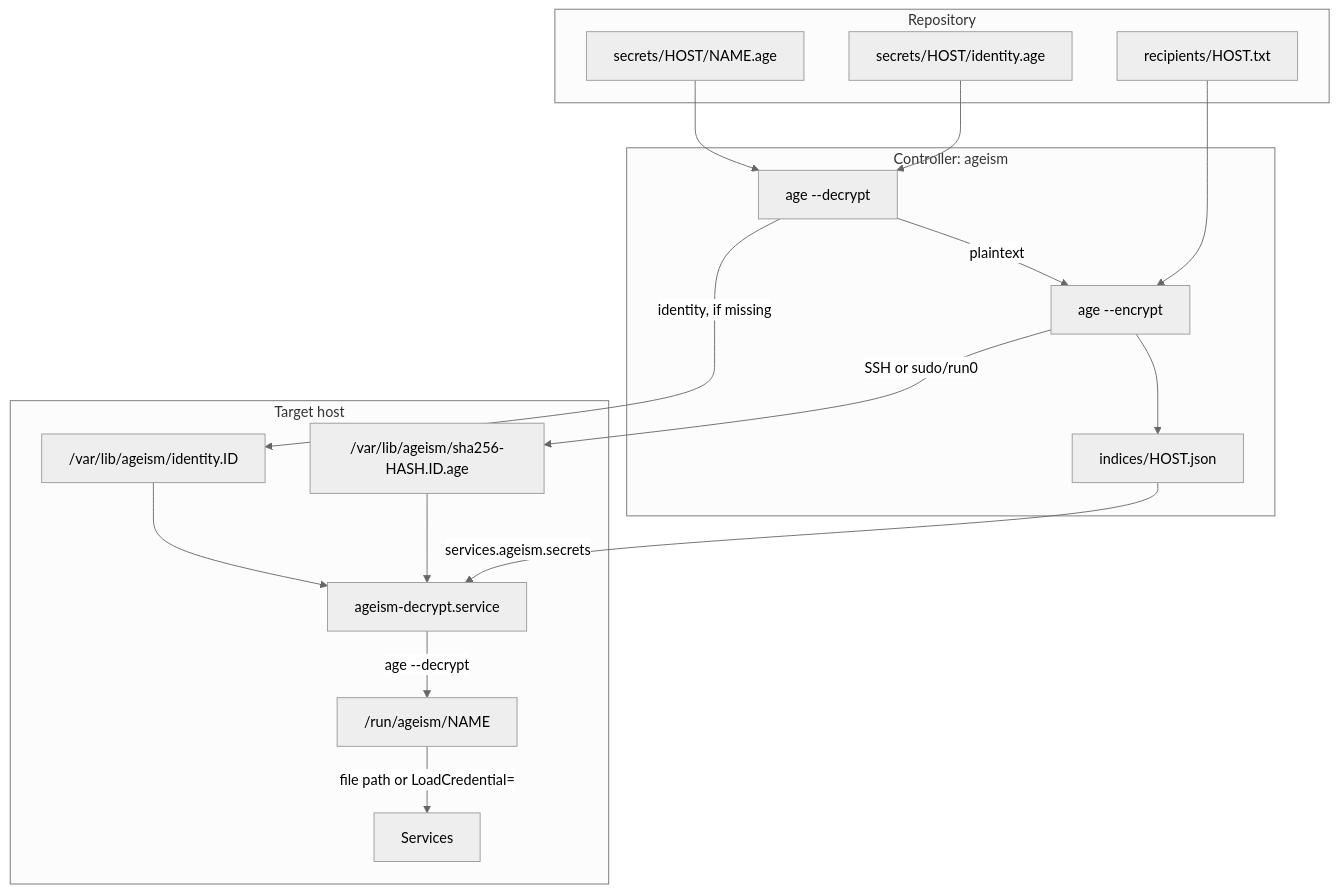
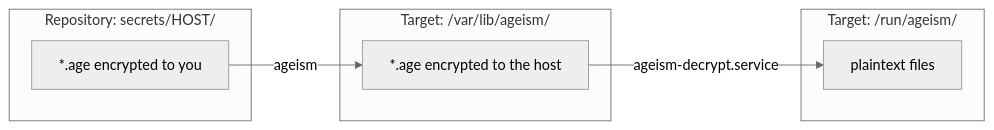
One commit to akirak/ageism changed the diagram in docs/guide/how-it-works.md. Above: the diagram before and after it, drawn with Mermaid (neutral theme). The commit also changed other lines of this file, not shown here.

Commit message:
docs: Simplify the How it works diagram

````diff
--- a/docs/guide/how-it-works.md
+++ b/docs/guide/how-it-works.md
@@ -5,35 +5,14 @@
 ```mermaid
-flowchart TB
-  subgraph repo["Repository"]
-    src["secrets/HOST/NAME.age"]
-    hostid["secrets/HOST/identity.age"]
-    recip["recipients/HOST.txt"]
+flowchart LR
+  subgraph repo["Repository: secrets/HOST/"]
+    src["*.age encrypted to you"]
   end
-
-  subgraph ctrl["Controller: ageism"]
-    dec["age --decrypt"]
-    enc["age --encrypt"]
-    idx["indices/HOST.json"]
+  subgraph lib["Target: /var/lib/ageism/"]
+    dep["*.age encrypted to the host"]
   end
-
-  subgraph target["Target host"]
-    id["/var/lib/ageism/identity.ID"]
-    store["/var/lib/ageism/sha256-HASH.ID.age"]
-    svc["ageism-decrypt.service"]
-    plain["/run/ageism/NAME"]
-    app["Services"]
+  subgraph run["Target: /run/ageism/"]
+    plain["plaintext files"]
   end
-
-  src --> dec
-  hostid --> dec
-  dec -- "identity, if missing" --> id
-  dec -- "plaintext" --> enc
-  recip --> enc
-  enc -- "SSH or sudo/run0" --> store
-  enc --> idx
-  idx -- "services.ageism.secrets" --> svc
-  id --> svc
-  store --> svc
-  svc -- "age --decrypt" --> plain
-  plain -- "file path or LoadCredential=" --> app
+  src -- "ageism" --> dep
+  dep -- "ageism-decrypt.service" --> plain
 ```
````
